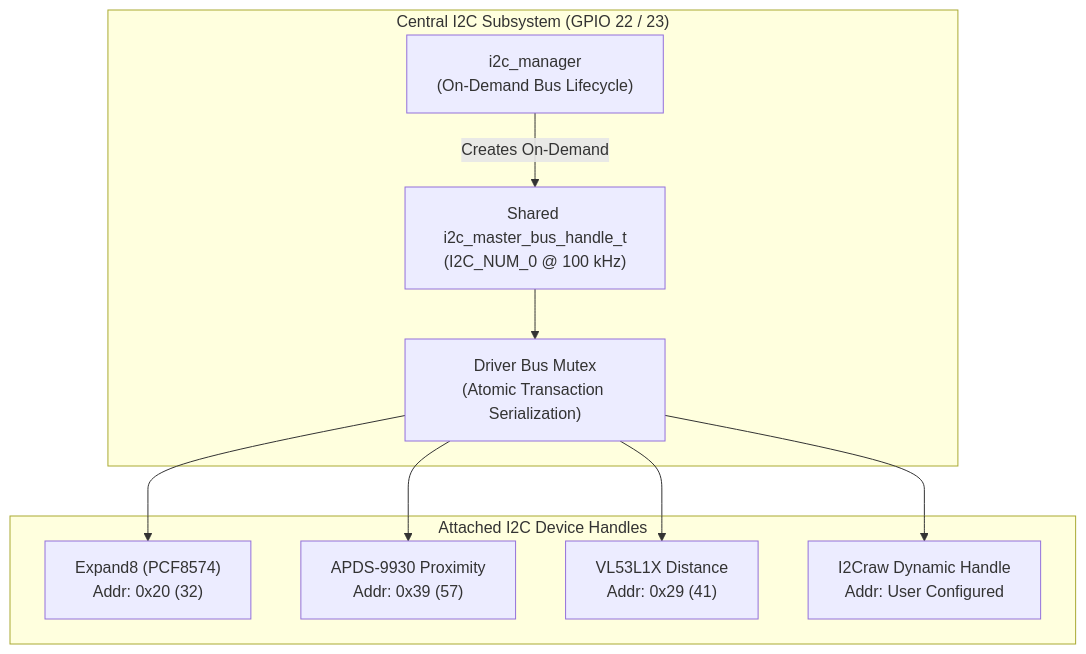
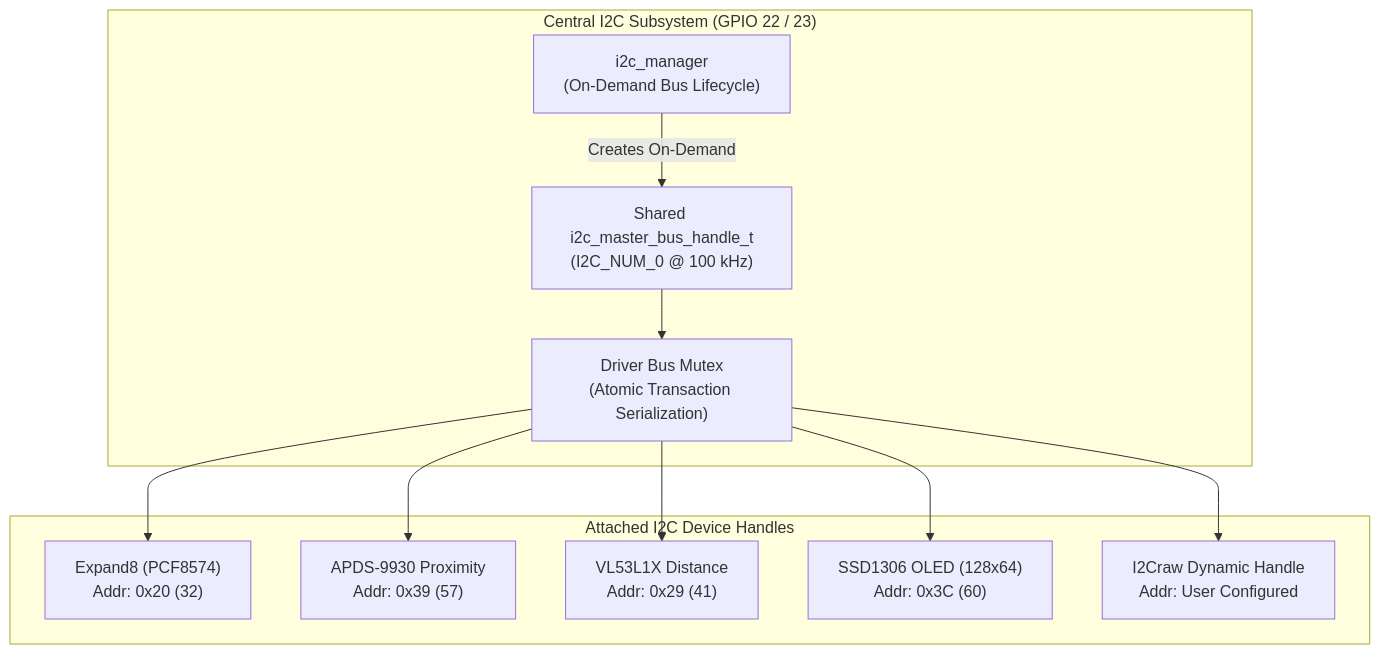
The third of 7 diagrams in PNPzigbee_Architecture_and_Features.md (egapevets2/PNPzigbee), drawn with Mermaid before and after one commit. The commit also changed other lines of this file and 22 other files, not shown here.

Commit message:
Add SSD1306 OLED display driver with Adafruit FreeMono fonts and documentation

````diff
--- a/PNPzigbee_Architecture_and_Features.md
+++ b/PNPzigbee_Architecture_and_Features.md
@@ -207,22 +209,24 @@
 ```mermaid
 flowchart TD
     subgraph I2C_Subsystem ["Central I2C Subsystem (GPIO 22 / 23)"]
         MGR["i2c_manager\n(On-Demand Bus Lifecycle)"]
         BUS["Shared i2c_master_bus_handle_t\n(I2C_NUM_0 @ 100 kHz)"]
         MUTEX["Driver Bus Mutex\n(Atomic Transaction Serialization)"]
     end
 
     subgraph Peripherals ["Attached I2C Device Handles"]
         DEV_EXP["Expand8 (PCF8574)\nAddr: 0x20 (32)"]
         DEV_APDS["APDS-9930 Proximity\nAddr: 0x39 (57)"]
         DEV_VL["VL53L1X Distance\nAddr: 0x29 (41)"]
+        DEV_OLED["SSD1306 OLED (128x64)\nAddr: 0x3C (60)"]
         DEV_RAW["I2Craw Dynamic Handle\nAddr: User Configured"]
     end
 
     MGR --> |Creates On-Demand| BUS
     BUS --> MUTEX
     MUTEX --> DEV_EXP
     MUTEX --> DEV_APDS
     MUTEX --> DEV_VL
+    MUTEX --> DEV_OLED
     MUTEX --> DEV_RAW
 ```
````
